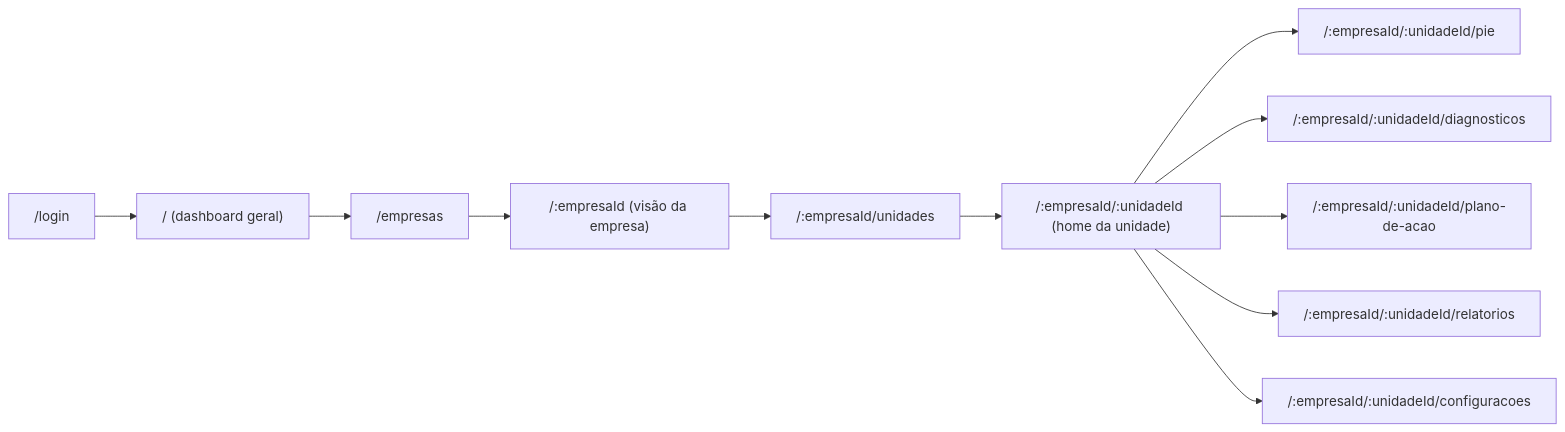
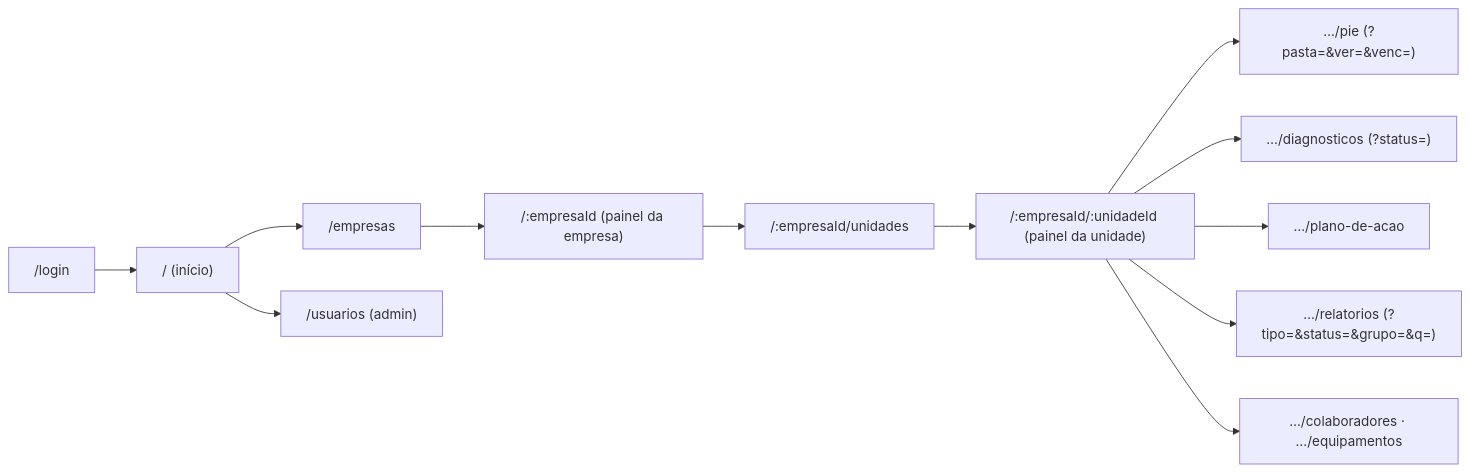
Before and after one commit to jcjoo/easynr10-fable: the third of 8 diagrams in projeto.md, drawn with Mermaid. The commit also changed other lines of this file and 89 other files, not shown here.

````diff
--- a/projeto.md
+++ b/projeto.md
@@ -206,13 +235,14 @@
 ```mermaid
 graph LR
-    L["/login"] --> D["/ (dashboard geral)"]
+    L["/login"] --> D["/ (início)"]
     D --> E["/empresas"]
-    E --> EO["/:empresaId (visão da empresa)"]
+    E --> EO["/:empresaId (painel da empresa)"]
     EO --> UN["/:empresaId/unidades"]
-    UN --> UH["/:empresaId/:unidadeId (home da unidade)"]
-    UH --> PIE["/:empresaId/:unidadeId/pie"]
-    UH --> DIAG["/:empresaId/:unidadeId/diagnosticos"]
-    UH --> PA["/:empresaId/:unidadeId/plano-de-acao"]
-    UH --> REL["/:empresaId/:unidadeId/relatorios"]
-    UH --> CFG["/:empresaId/:unidadeId/configuracoes"]
+    UN --> UH["/:empresaId/:unidadeId (painel da unidade)"]
+    UH --> PIE["…/pie (?pasta=&ver=&venc=)"]
+    UH --> DIAG["…/diagnosticos (?status=)"]
+    UH --> PA["…/plano-de-acao"]
+    UH --> REL["…/relatorios (?tipo=&status=&grupo=&q=)"]
+    UH --> CAD["…/colaboradores · …/equipamentos"]
+    D --> USR["/usuarios (admin)"]
 ```
````
